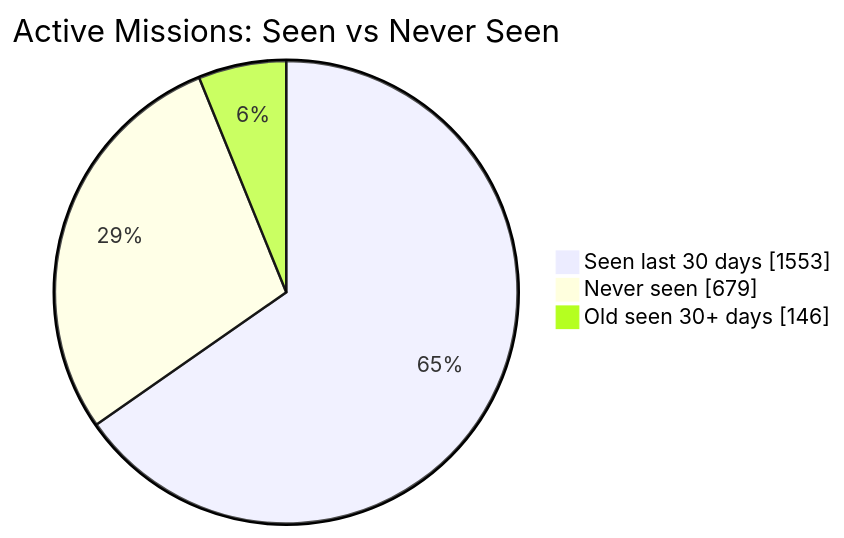
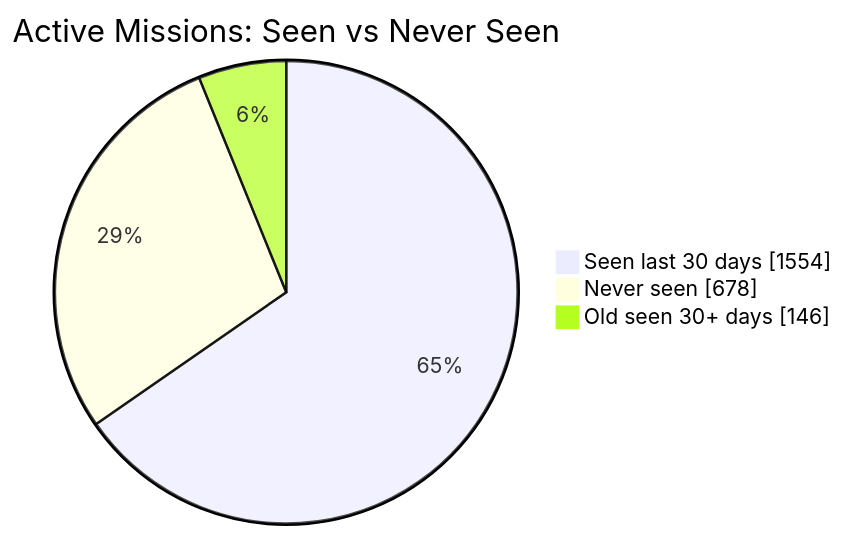
Before and after one commit to MeldkamerspelGameTeam/active-missions: the first of 2 diagrams in README.md, drawn with Mermaid. The commit also changed other lines of this file and 2 other files, not shown here.

````diff
--- a/README.md
+++ b/README.md
@@ -34,7 +34,7 @@
 ```mermaid
 pie showData
     title Active Missions: Seen vs Never Seen
-    "Seen last 30 days" : 1553
-    "Never seen" : 679
+    "Seen last 30 days" : 1554
+    "Never seen" : 678
     "Old seen 30+ days" : 146
 ```
````
